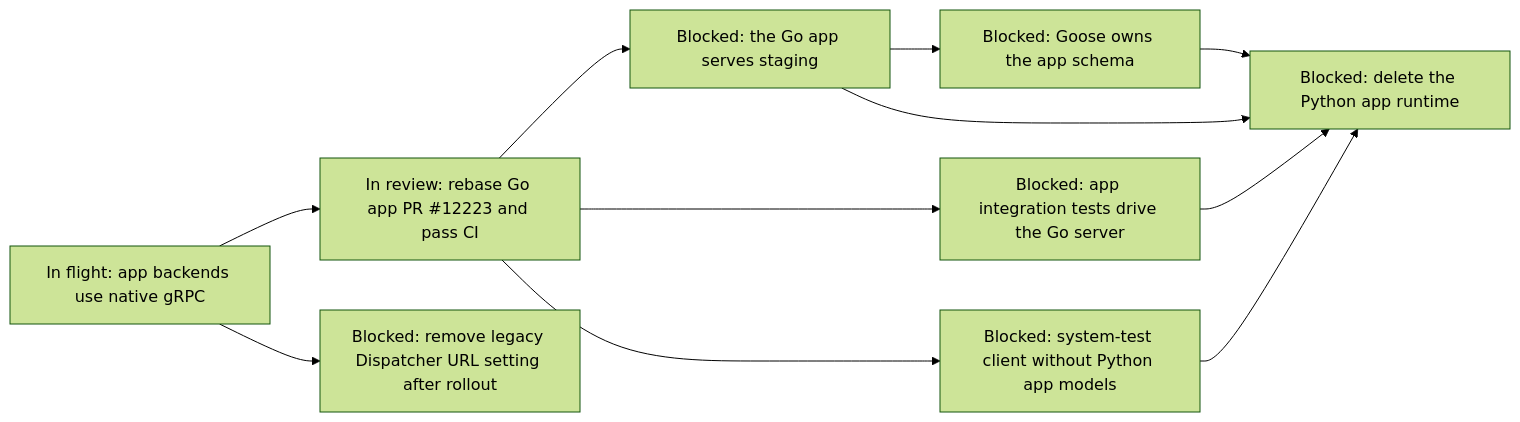
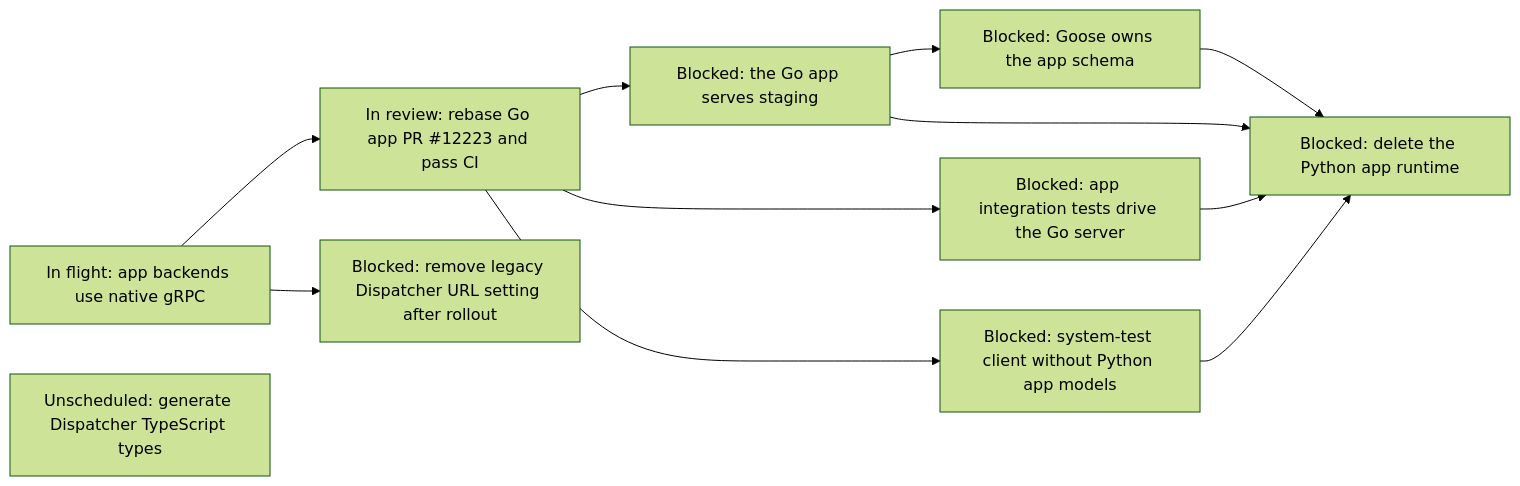
Diagram 18 of 19 in agentplane/plans/task_dag.md (agentydragon-agent/ducktape), drawn with Mermaid (forest theme) before and after one commit. The commit also changed other lines of this file, not shown here.

Commit message:
Track app Dispatcher types and Go test follow-ups

````diff
--- a/agentplane/plans/task_dag.md
+++ b/agentplane/plans/task_dag.md
@@ -1900,13 +1901,14 @@
 ```mermaid
 flowchart LR
     APP_HTTP_GRPC_BOUNDARY[In flight: app backends use native gRPC] --> APP_GO_PORT_CATCHUP[In review: rebase Go app PR #12223 and pass CI]
     APP_HTTP_GRPC_BOUNDARY --> APP_DISPATCHER_HTTP_SETTING_CLEANUP[Blocked: remove legacy Dispatcher URL setting after rollout]
     APP_GO_PORT_CATCHUP[In review: rebase Go app PR #12223 and pass CI] --> APP_GO_CUTOVER[Blocked: the Go app serves staging]
     APP_GO_PORT_CATCHUP --> APP_GO_TEST_RETARGET[Blocked: app integration tests drive the Go server]
     APP_GO_PORT_CATCHUP --> APP_SYSTEM_TEST_CLIENT[Blocked: system-test client without Python app models]
+    APP_DISPATCHER_TS_TYPES[Unscheduled: generate Dispatcher TypeScript types]
     APP_GO_CUTOVER --> APP_GOOSE_MIGRATIONS[Blocked: Goose owns the app schema]
     APP_GO_CUTOVER --> APP_PYTHON_RETIRE[Blocked: delete the Python app runtime]
     APP_GO_TEST_RETARGET --> APP_PYTHON_RETIRE
     APP_SYSTEM_TEST_CLIENT --> APP_PYTHON_RETIRE
     APP_GOOSE_MIGRATIONS --> APP_PYTHON_RETIRE
 ```
````
